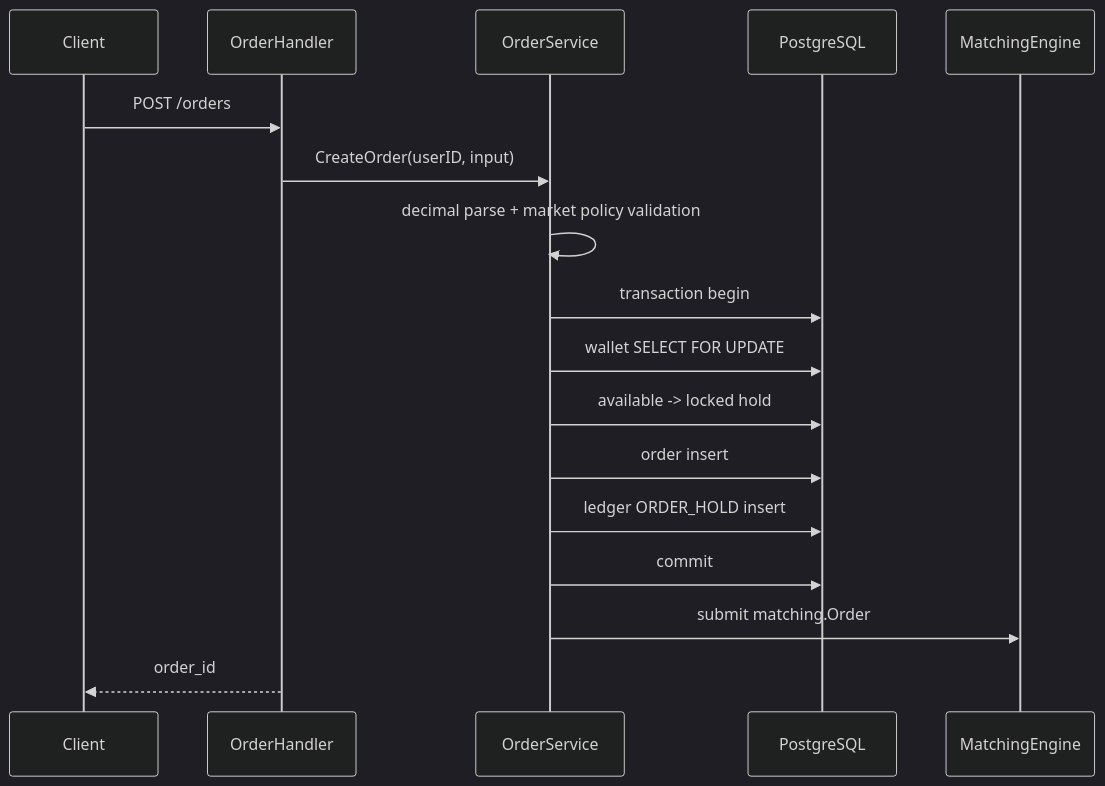
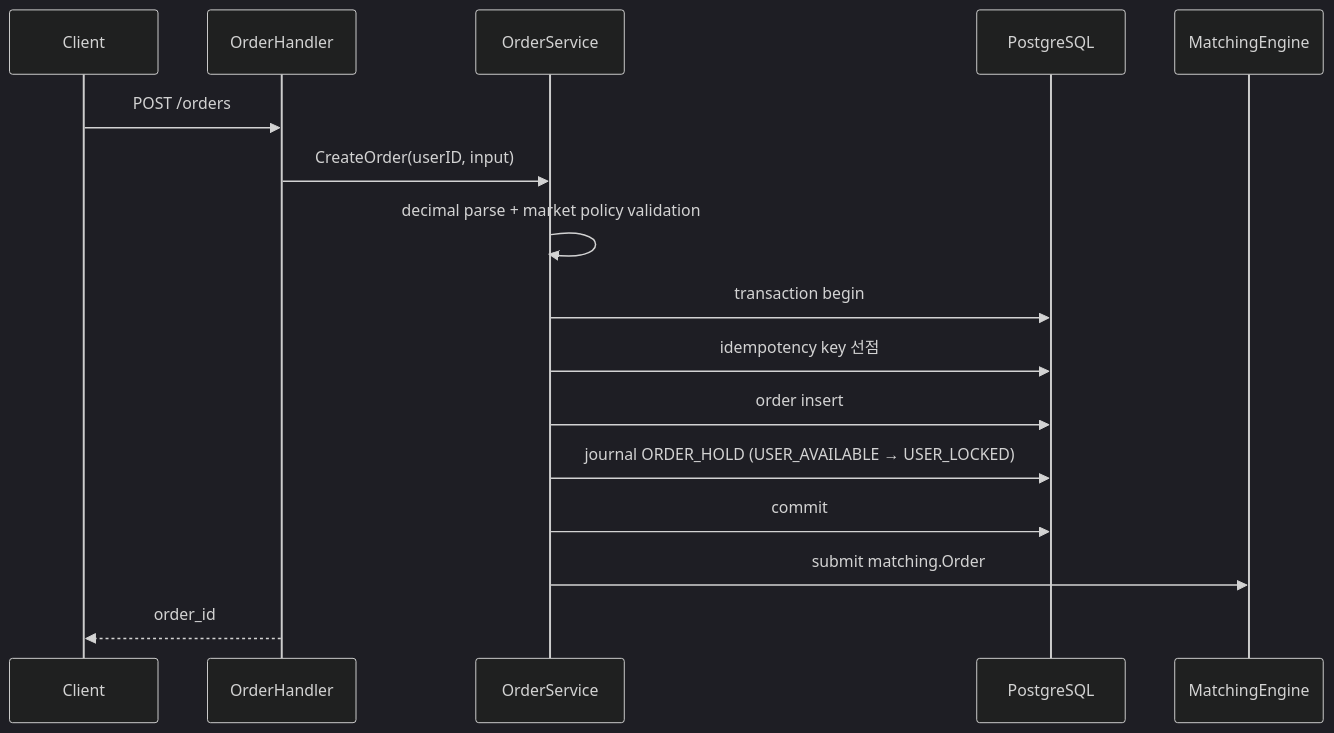
The second of 4 diagrams in docs/ARCHITECTURE.md (Go-Exchange-Project/Go-exchange-back), drawn with Mermaid (dark theme) before and after one commit. The commit also changed other lines of this file and 4 other files, not shown here.

````diff
--- a/docs/ARCHITECTURE.md
+++ b/docs/ARCHITECTURE.md
@@ -72,20 +87,19 @@
 ```mermaid
 sequenceDiagram
     participant C as Client
     participant H as OrderHandler
     participant S as OrderService
     participant DB as PostgreSQL
     participant ME as MatchingEngine
 
     C->>H: POST /orders
     H->>S: CreateOrder(userID, input)
     S->>S: decimal parse + market policy validation
     S->>DB: transaction begin
-    S->>DB: wallet SELECT FOR UPDATE
-    S->>DB: available -> locked hold
+    S->>DB: idempotency key 선점
     S->>DB: order insert
-    S->>DB: ledger ORDER_HOLD insert
+    S->>DB: journal ORDER_HOLD (USER_AVAILABLE → USER_LOCKED)
     S->>DB: commit
     S->>ME: submit matching.Order
     H-->>C: order_id
 ```
````
